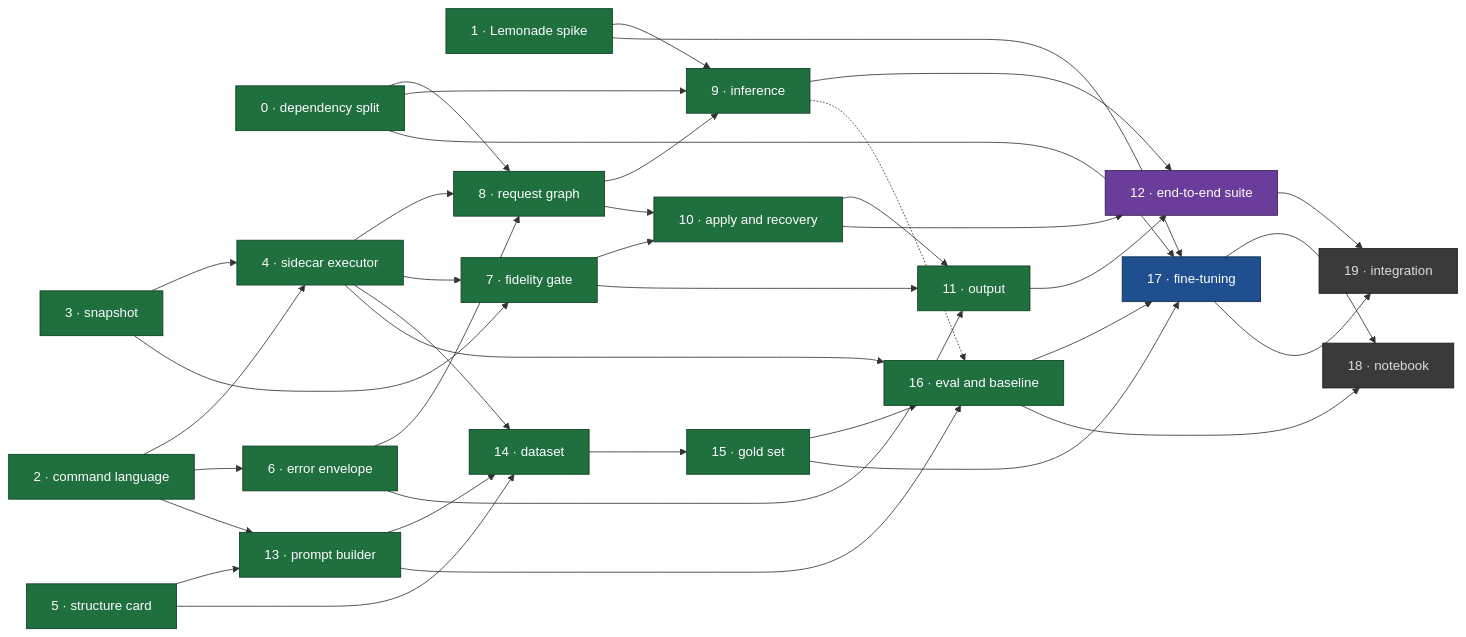
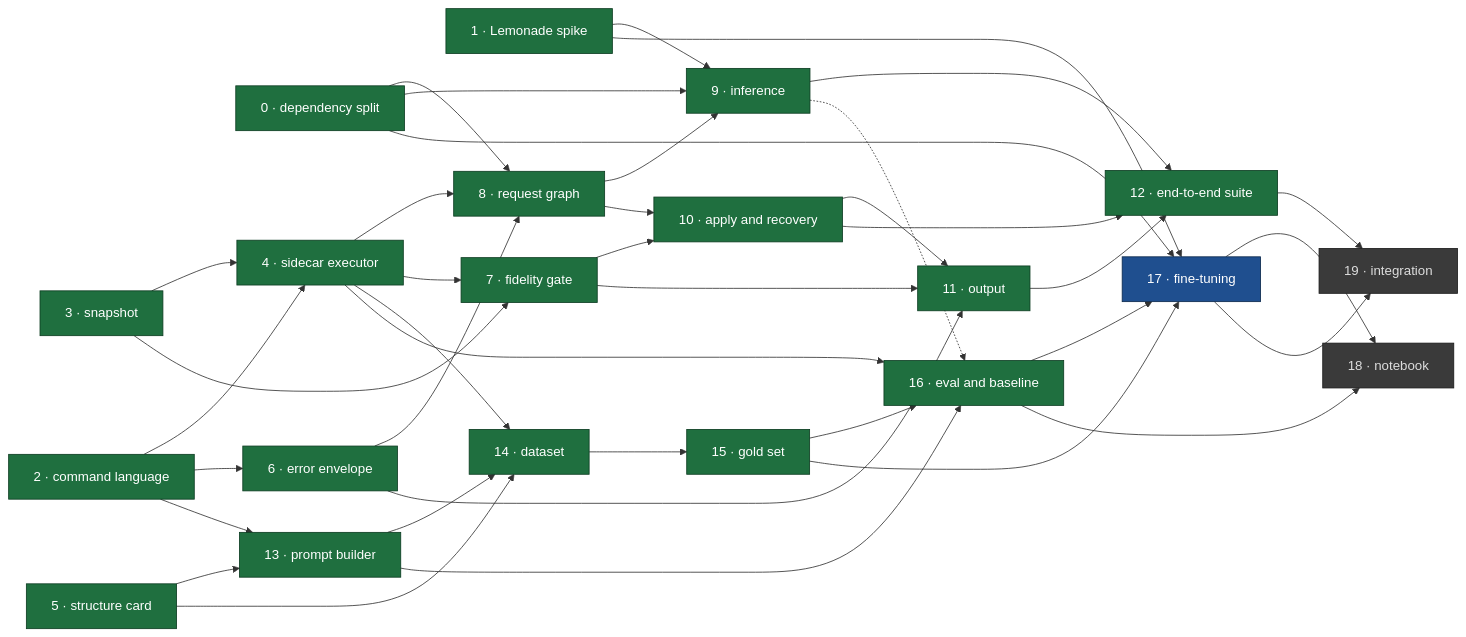
One commit to urban233/pymol-copilot changed the diagram in docs/master_plan.md. Above: the diagram before and after it, drawn with Mermaid. The commit also changed other lines of this file, not shown here.

First line of the commit message:
docs(plan): Mark item 12 done as PR #57

````diff
--- a/docs/master_plan.md
+++ b/docs/master_plan.md
@@ -112,67 +112,67 @@
 ```mermaid
 flowchart LR
   classDef done fill:#1f6f3f,stroke:#0d3d22,color:#fff
   classDef review fill:#8a6d1a,stroke:#4d3c0c,color:#fff
   classDef ready fill:#1f4f8f,stroke:#0d2a4d,color:#fff
   classDef progress fill:#6a3d9a,stroke:#3a1f57,color:#fff
   classDef blocked fill:#3a3a3a,stroke:#1a1a1a,color:#ddd
 
   I0["0 · dependency split"]:::done
   I1["1 · Lemonade spike"]:::done
   I2["2 · command language"]:::done
   I3["3 · snapshot"]:::done
   I4["4 · sidecar executor"]:::done
   I5["5 · structure card"]:::done
   I6["6 · error envelope"]:::done
   I7["7 · fidelity gate"]:::done
   I8["8 · request graph"]:::done
   I9["9 · inference"]:::done
   I10["10 · apply and recovery"]:::done
   I11["11 · output"]:::done
-  I12["12 · end-to-end suite"]:::progress
+  I12["12 · end-to-end suite"]:::done
   I13["13 · prompt builder"]:::done
   I14["14 · dataset"]:::done
   I15["15 · gold set"]:::done
   I16["16 · eval and baseline"]:::done
   I17["17 · fine-tuning"]:::ready
   I18["18 · notebook"]:::blocked
   I19["19 · integration"]:::blocked
 
   I2 --> I4
   I3 --> I4
   I2 --> I6
   I0 --> I8
   I4 --> I8
   I6 --> I8
   I3 --> I7
   I4 --> I7
   I0 --> I9
   I1 --> I9
   I8 --> I9
   I7 --> I10
   I8 --> I10
   I6 --> I11
   I7 --> I11
   I10 --> I11
   I9 --> I12
   I10 --> I12
   I11 --> I12
   I2 --> I13
   I5 --> I13
   I4 --> I14
   I5 --> I14
   I13 --> I14
   I14 --> I15
   I15 --> I16
   I13 --> I16
   I4 --> I16
   I9 -.-> I16
   I1 --> I17
   I0 --> I17
   I15 --> I17
   I16 --> I17
   I16 --> I18
   I17 --> I18
   I12 --> I19
   I17 --> I19
 ```
````
